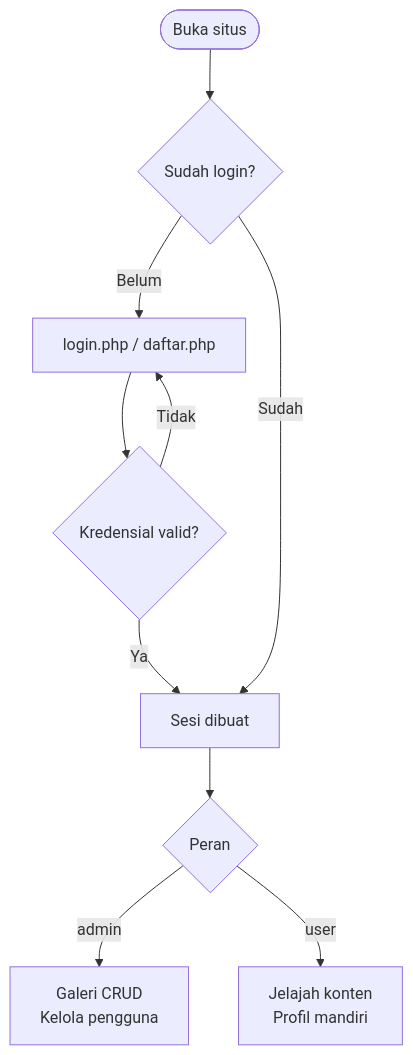
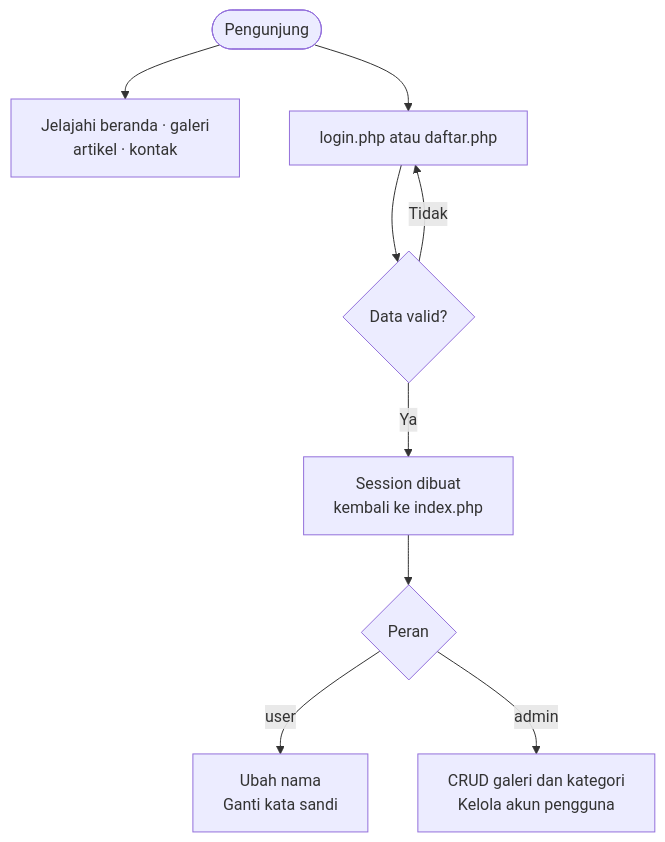
One commit to hamdandzrpl/DPIB-projects changed the second of 3 diagrams in README.md. Above: the diagram before and after it, drawn with Mermaid. The commit also changed other lines of this file, not shown here.

````diff
--- a/README.md
+++ b/README.md
@@ -97,12 +122,11 @@
 ```mermaid
 flowchart TD
-    S([Buka situs]) --> L{Sudah login?}
-    L -- Belum --> LG["login.php / daftar.php"]
-    LG --> V{Kredensial valid?}
+    S(["Pengunjung"]) --> B["Jelajahi beranda · galeri<br/>artikel · kontak"]
+    S --> LG["login.php atau daftar.php"]
+    LG --> V{"Data valid?"}
     V -- Tidak --> LG
-    V -- Ya --> SS["Sesi dibuat"]
-    L -- Sudah --> SS
-    SS --> R{Peran}
-    R -- admin --> AD["Galeri CRUD<br/>Kelola pengguna"]
-    R -- user --> US["Jelajah konten<br/>Profil mandiri"]
+    V -- Ya --> SS["Session dibuat<br/>kembali ke index.php"]
+    SS --> R{"Peran"}
+    R -- user --> US["Ubah nama<br/>Ganti kata sandi"]
+    R -- admin --> AD["CRUD galeri dan kategori<br/>Kelola akun pengguna"]
 ```
````
